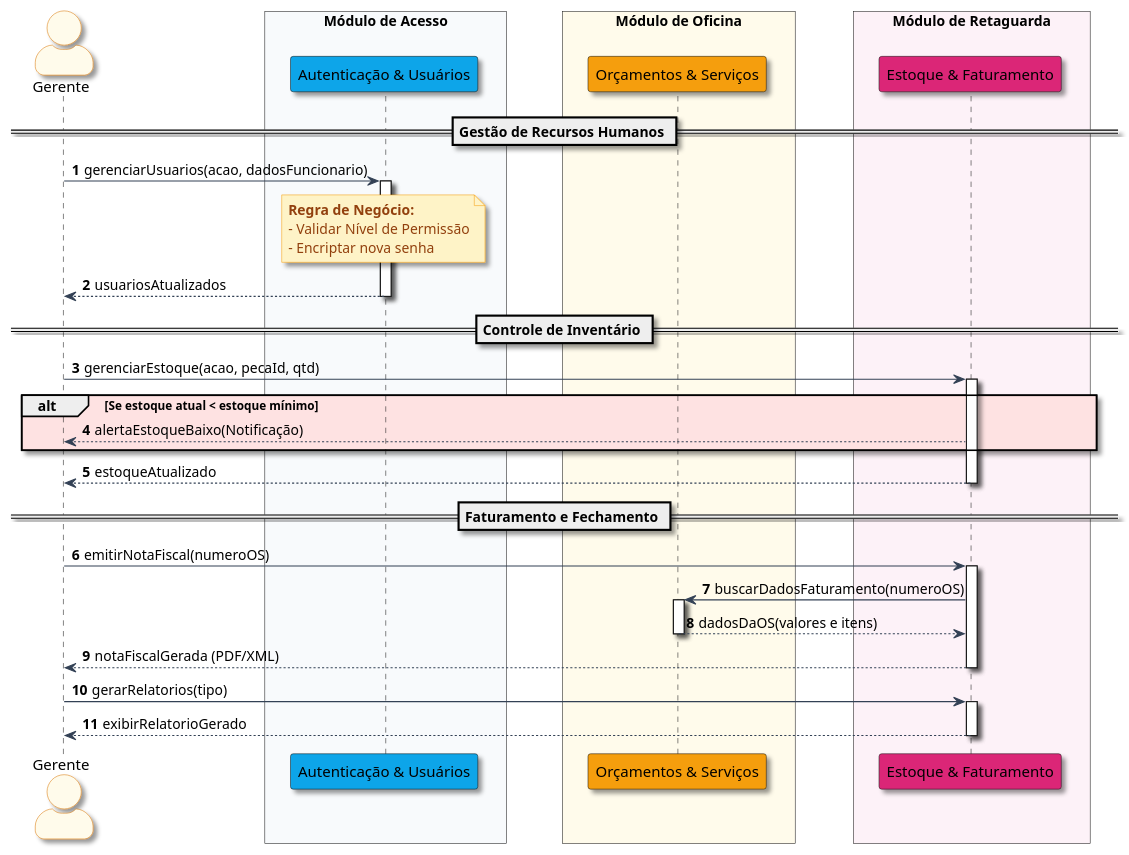
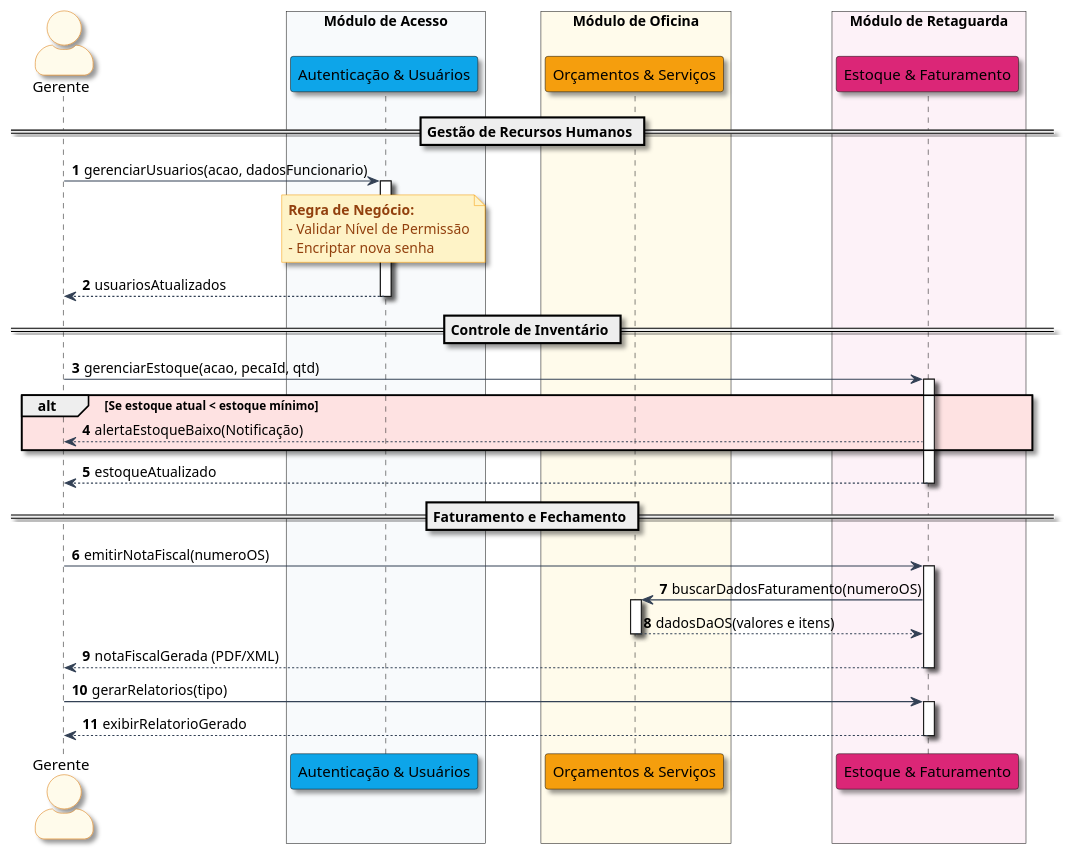
The diagram in Diagramas/PlantUML/Sequencia-Gerente.puml (Mateus7799/Autofix), drawn with PlantUML before and after one commit. The commit also changed 11 other files, not shown here.

Commit message:
docs: updates diagramas

```diff
--- a/Diagramas/PlantUML/Sequencia-Gerente.puml
+++ b/Diagramas/PlantUML/Sequencia-Gerente.puml
@@ -1,70 +1,74 @@
 @startuml "Diagrama de Sequência - Gerente"
 autonumber
 
 skinparam actorStyle awesome
 skinparam monochrome false
 skinparam shadowing true
 skinparam defaultFontName "Segoe UI"
 skinparam BoxPadding 25
-skinparam ParticipantPadding 20
+<style>
+participant {
+    Padding 20
+}
+</style>
 
 
 skinparam actor {
     BackgroundColor #FFFBEB
     BorderColor #D97706
 }
 skinparam ArrowColor #334155
 skinparam Note {
     BackgroundColor #FEF3C7
     BorderColor #F59E0B
     FontColor #92400E
 }
 
 actor "Gerente" as ger
 
 box "Módulo de Acesso" #F8FAFC
     participant "Autenticação & Usuários" as mod_auth #0EA5E9
 end box
 
 box "Módulo de Oficina" #FFFBEB
     participant "Orçamentos & Serviços" as mod_os #F59E0B
 end box
 
 box "Módulo de Retaguarda" #FDF2F8
     participant "Estoque & Faturamento" as mod_back #DB2777
 end box
 
 == Gestão de Recursos Humanos ==
 ger -> mod_auth : gerenciarUsuarios(acao, dadosFuncionario)
 activate mod_auth
 note over mod_auth: **Regra de Negócio:**\n- Validar Nível de Permissão\n- Encriptar nova senha
 mod_auth --> ger : usuariosAtualizados
 deactivate mod_auth
 
 == Controle de Inventário ==
 ger -> mod_back : gerenciarEstoque(acao, pecaId, qtd)
 activate mod_back
 alt #FEE2E2 Se estoque atual < estoque mínimo
     mod_back --> ger : alertaEstoqueBaixo(Notificação)
 end
 mod_back --> ger : estoqueAtualizado
 deactivate mod_back
 
 == Faturamento e Fechamento ==
 ger -> mod_back : emitirNotaFiscal(numeroOS)
 activate mod_back
 
 mod_back -> mod_os : buscarDadosFaturamento(numeroOS)
 activate mod_os
 mod_os --> mod_back : dadosDaOS(valores e itens)
 deactivate mod_os
 
 mod_back --> ger : notaFiscalGerada (PDF/XML)
 deactivate mod_back
 
 ger -> mod_back : gerarRelatorios(tipo)
 activate mod_back
 mod_back --> ger : exibirRelatorioGerado
 deactivate mod_back
 
 @enduml
```
